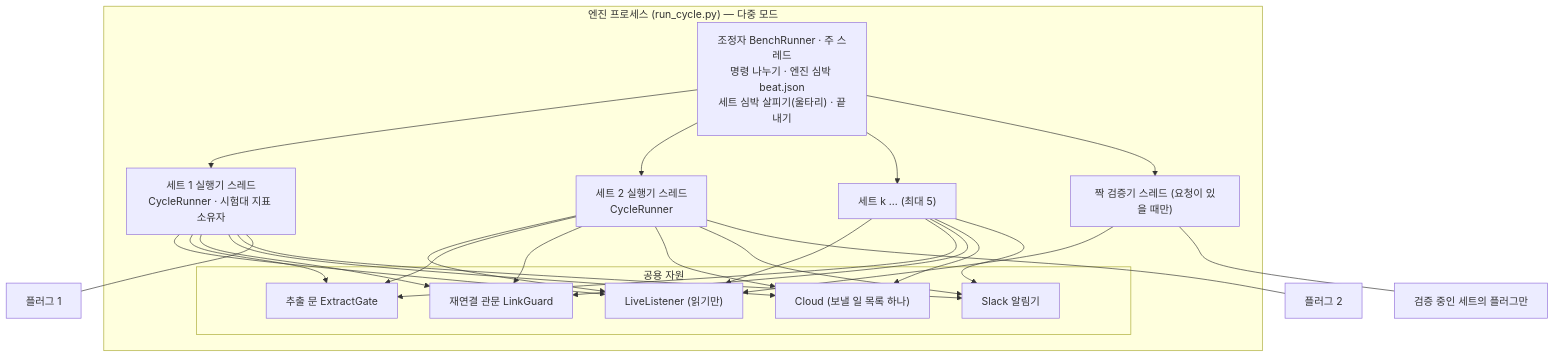
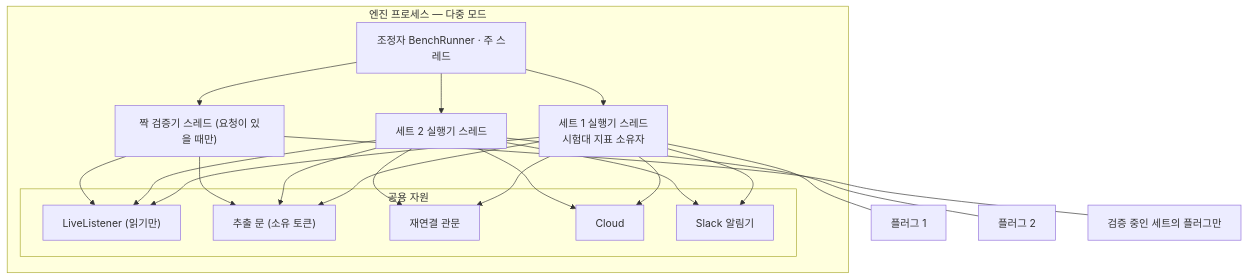
One commit to GeonwooKim-fitogether/QA-Automation-Test-Room changed the second of 6 diagrams in cell-bench/docs/design/multi-set-plan.md. Above: the diagram before and after it, drawn with Mermaid. The commit also changed other lines of this file, not shown here.

````diff
--- a/cell-bench/docs/design/multi-set-plan.md
+++ b/cell-bench/docs/design/multi-set-plan.md
@@ -94,23 +98,22 @@
 ```mermaid
 flowchart TB
-  subgraph ENG["엔진 프로세스 (run_cycle.py) — 다중 모드"]
-    CO["조정자 BenchRunner · 주 스레드<br/>명령 나누기 · 엔진 심박 beat.json<br/>세트 심박 살피기(울타리) · 끝내기"]
-    R1["세트 1 실행기 스레드<br/>CycleRunner · 시험대 지표 소유자"]
-    R2["세트 2 실행기 스레드<br/>CycleRunner"]
-    RK["세트 k … (최대 5)"]
+  subgraph ENG["엔진 프로세스 — 다중 모드"]
+    CO["조정자 BenchRunner · 주 스레드"]
+    R1["세트 1 실행기 스레드<br/>시험대 지표 소유자"]
+    R2["세트 2 실행기 스레드"]
     VF["짝 검증기 스레드 (요청이 있을 때만)"]
     subgraph SH["공용 자원"]
       LIV["LiveListener (읽기만)"]
-      GATE["추출 문 ExtractGate"]
-      LG["재연결 관문 LinkGuard"]
-      CL["Cloud (보낼 일 목록 하나)"]
+      GATE["추출 문 (소유 토큰)"]
+      LG["재연결 관문"]
+      CL["Cloud"]
       NT["Slack 알림기"]
     end
   end
-  CO --> R1 & R2 & RK & VF
-  R1 & R2 & RK --> LIV & GATE & LG & CL & NT
-  VF --> LIV
+  CO --> R1 & R2 & VF
+  R1 & R2 --> LIV & GATE & LG & CL & NT
+  VF --> LIV & GATE
   R1 --- P1["플러그 1"]
   R2 --- P2["플러그 2"]
   VF --- PK["검증 중인 세트의 플러그만"]
 ```
````
